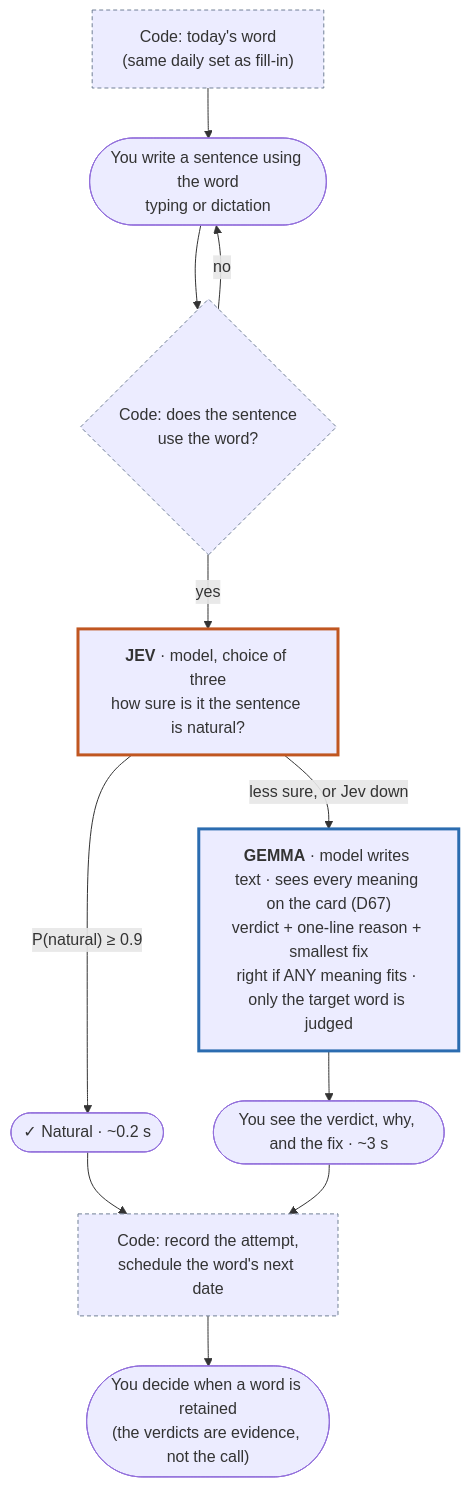
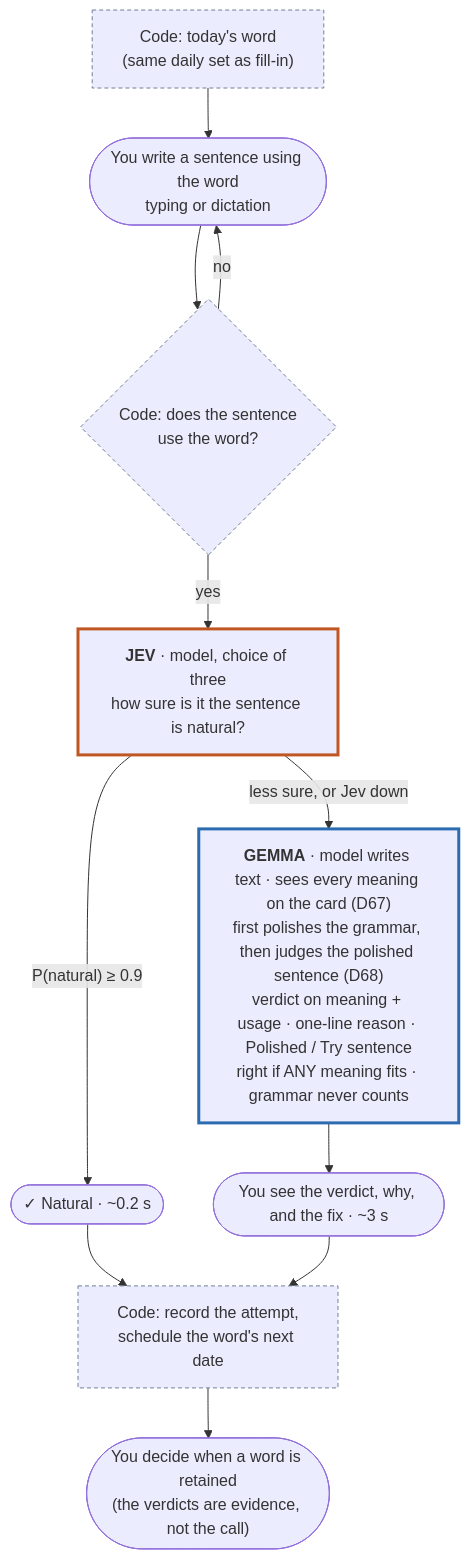
The diagram in diagrams/flow-write-a-sentence.md (nurgazik/RetAIn), drawn with Mermaid before and after one commit. The commit also changed 13 other files, not shown here.

First line of the commit message:
D68: meaning decides, grammar is polish

````diff
--- a/diagrams/flow-write-a-sentence.md
+++ b/diagrams/flow-write-a-sentence.md
@@ -5,17 +5,17 @@
 ```mermaid
 flowchart TD
     A["Code: today's word<br/>(same daily set as fill-in)"]:::code --> B([You write a sentence using the word<br/>typing or dictation])
     B --> CK{"Code: does the sentence<br/>use the word?"}:::code
     CK -- no --> B
     CK -- yes --> J["<b>JEV</b> · model, choice of three<br/>how sure is it the sentence is natural?"]:::gate
     J -- "P(natural) ≥ 0.9" --> OK(["✓ Natural · ~0.2 s"])
-    J -- "less sure, or Jev down" --> F["<b>GEMMA</b> · model writes text · sees every meaning on the card (D67)<br/>verdict + one-line reason + smallest fix<br/>right if ANY meaning fits · only the target word is judged"]:::writer
+    J -- "less sure, or Jev down" --> F["<b>GEMMA</b> · model writes text · sees every meaning on the card (D67)<br/>first polishes the grammar, then judges the polished sentence (D68)<br/>verdict on meaning + usage · one-line reason · Polished / Try sentence<br/>right if ANY meaning fits · grammar never counts"]:::writer
     F --> SHOW([You see the verdict, why, and the fix · ~3 s])
     OK --> S["Code: record the attempt,<br/>schedule the word's next date"]:::code
     SHOW --> S
     S --> RET(["You decide when a word is retained<br/>(the verdicts are evidence, not the call)"])
 
     classDef writer stroke:#2b6cb0,stroke-width:3px
     classDef gate stroke:#c05621,stroke-width:3px
     classDef code stroke:#718096,stroke-dasharray:4 3
 ```
````
